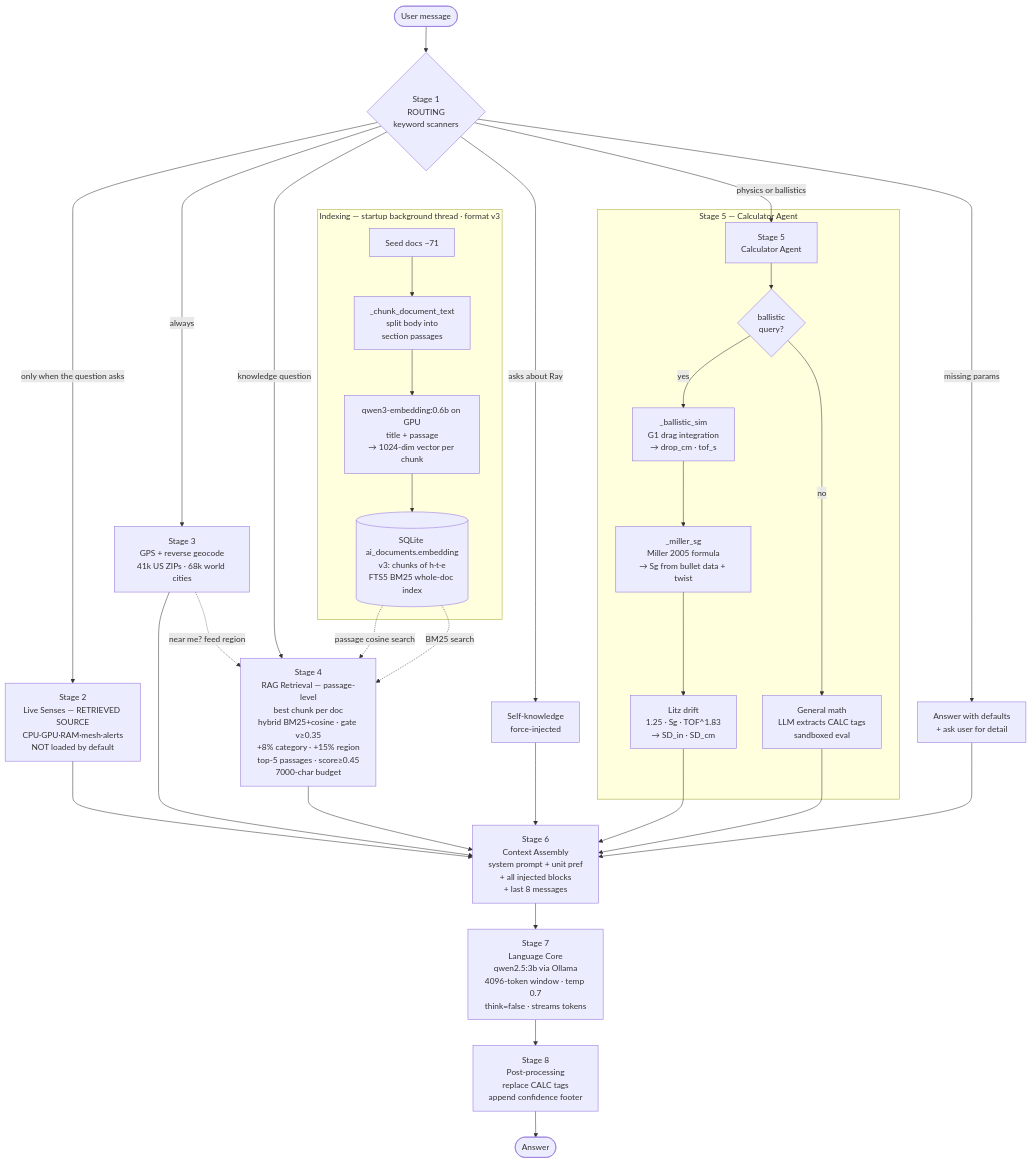
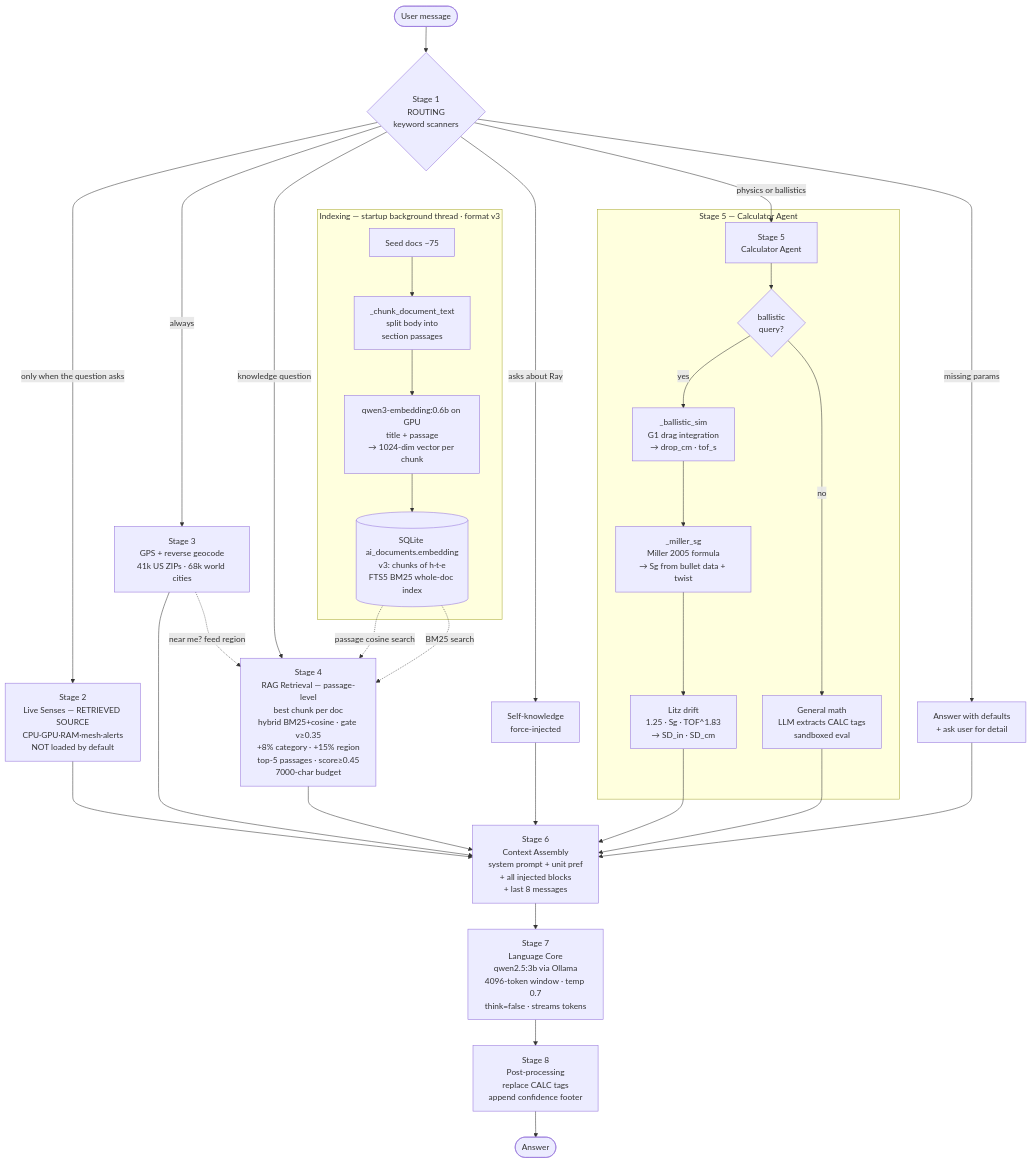
The diagram in RAY_BRAIN.md (atlas-navigate/atlas-control), drawn with Mermaid before and after one commit. The commit also changed other lines of this file and 1 other file, not shown here.

````diff
--- a/RAY_BRAIN.md
+++ b/RAY_BRAIN.md
@@ -321,40 +321,40 @@
 ```mermaid
 flowchart TD
     U([User message]) --> R{Stage 1\nROUTING\nkeyword scanners}
 
     R -->|only when the question asks| S[Stage 2\nLive Senses — RETRIEVED SOURCE\nCPU·GPU·RAM·mesh·alerts\nNOT loaded by default]
     R -->|always| G[Stage 3\nGPS + reverse geocode\n41k US ZIPs · 68k world cities]
     G -.->|near me? feed region| RAG
     R -->|knowledge question| RAG[Stage 4\nRAG Retrieval — passage-level\nbest chunk per doc\nhybrid BM25+cosine · gate v≥0.35\n+8% category · +15% region\ntop-5 passages · score≥0.45\n7000-char budget]
     R -->|physics or ballistics| C[Stage 5\nCalculator Agent]
     R -->|asks about Ray| SK[Self-knowledge\nforce-injected]
     R -->|missing params| ASK[Answer with defaults\n+ ask user for detail]
 
     subgraph CALC [Stage 5 — Calculator Agent]
         C --> CB{ballistic\nquery?}
         CB -->|yes| BS[_ballistic_sim\nG1 drag integration\n→ drop_cm · tof_s]
         BS --> MS[_miller_sg\nMiller 2005 formula\n→ Sg from bullet data + twist]
         MS --> LD[Litz drift\n1.25 · Sg · TOF^1.83\n→ SD_in · SD_cm]
         CB -->|no| GM[General math\nLLM extracts CALC tags\nsandboxed eval]
     end
 
     S --> CTX[Stage 6\nContext Assembly\nsystem prompt + unit pref\n+ all injected blocks\n+ last 8 messages]
     G --> CTX
     RAG --> CTX
     SK --> CTX
     LD --> CTX
     GM --> CTX
     ASK --> CTX
 
     CTX --> LLM[Stage 7\nLanguage Core\nqwen2.5:3b via Ollama\n4096-token window · temp 0.7\nthink=false · streams tokens]
     LLM --> PP[Stage 8\nPost-processing\nreplace CALC tags\nappend confidence footer]
     PP --> ANS([Answer])
 
     subgraph IDX [Indexing — startup background thread · format v3]
-        D[Seed docs ~71] --> CH[_chunk_document_text\nsplit body into\nsection passages]
+        D[Seed docs ~75] --> CH[_chunk_document_text\nsplit body into\nsection passages]
         CH --> E[qwen3-embedding:0.6b on GPU\ntitle + passage\n→ 1024-dim vector per chunk]
         E --> DB[(SQLite ai_documents.embedding\nv3: chunks of h·t·e\nFTS5 BM25 whole-doc index)]
     end
     DB -.->|passage cosine search| RAG
     DB -.->|BM25 search| RAG
 ```
````
